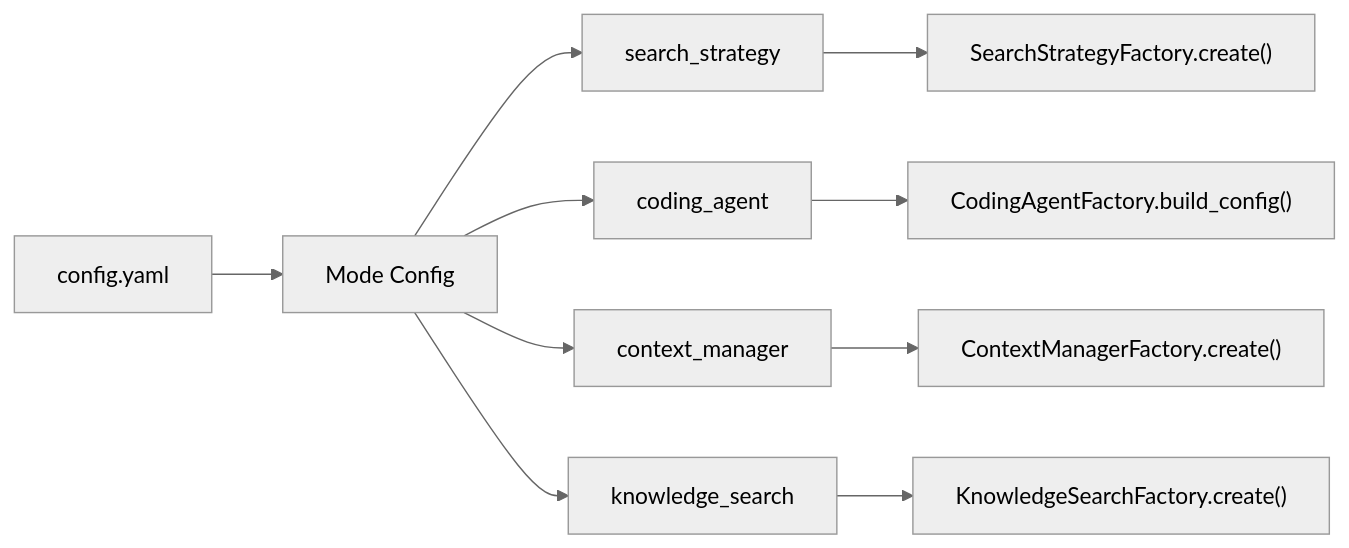
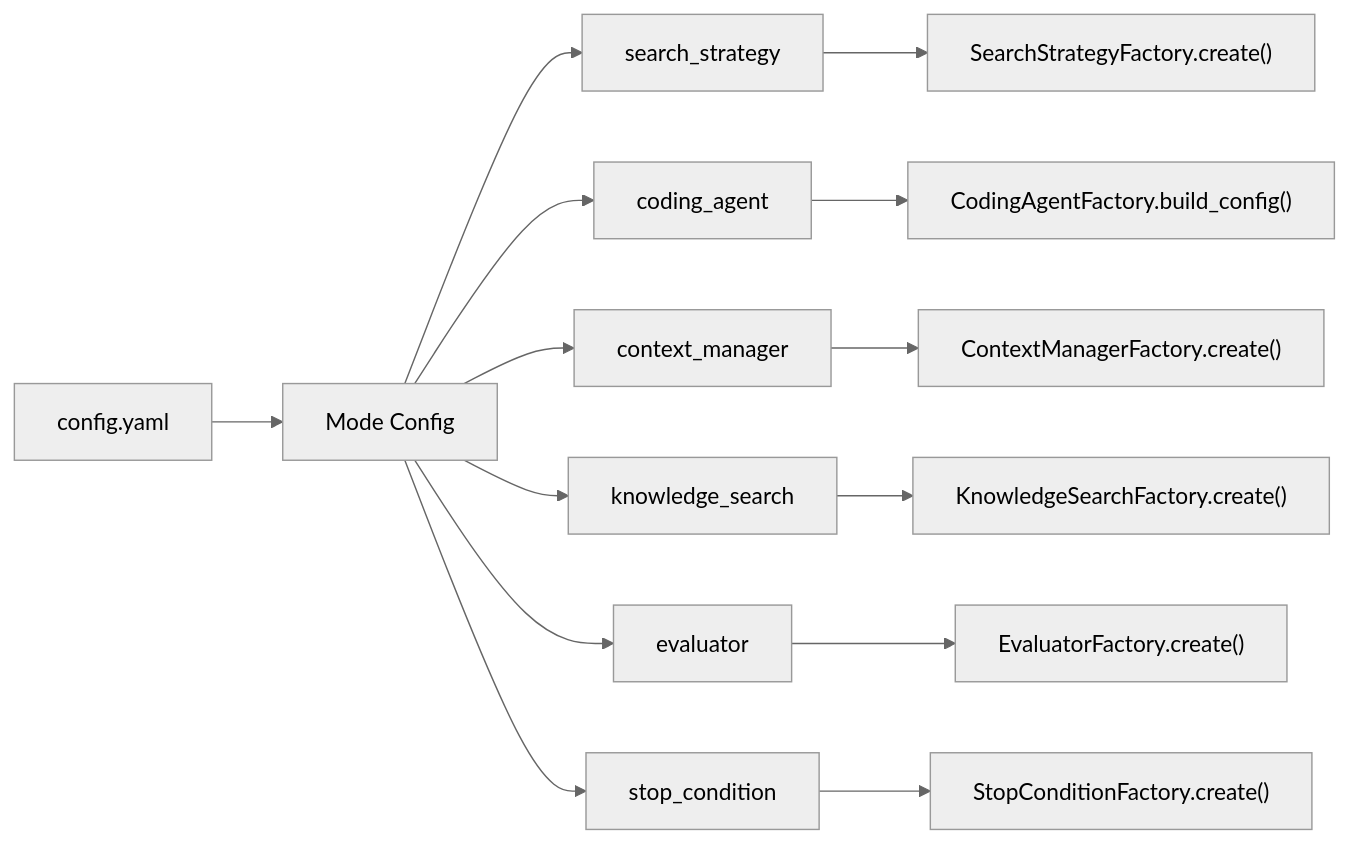
The second of 2 diagrams in docs/concepts/architecture.mdx (Leeroo-AI/kapso), drawn with Mermaid (neutral theme) before and after one commit. The commit also changed other lines of this file and 29 other files, not shown here.

````diff
--- a/docs/concepts/architecture.mdx
+++ b/docs/concepts/architecture.mdx
@@ -90,13 +124,17 @@
 ```mermaid
 flowchart LR
     YAML["config.yaml"] --> MODE["Mode Config"]
     MODE --> SS["search_strategy"]
     MODE --> CA["coding_agent"]
     MODE --> CM["context_manager"]
     MODE --> KS["knowledge_search"]
-    
+    MODE --> EV["evaluator"]
+    MODE --> SC["stop_condition"]
+
     SS --> SSF["SearchStrategyFactory.create()"]
     CA --> CAF["CodingAgentFactory.build_config()"]
     CM --> CMF["ContextManagerFactory.create()"]
     KS --> KSF["KnowledgeSearchFactory.create()"]
+    EV --> EVF["EvaluatorFactory.create()"]
+    SC --> SCF["StopConditionFactory.create()"]
 ```
````
